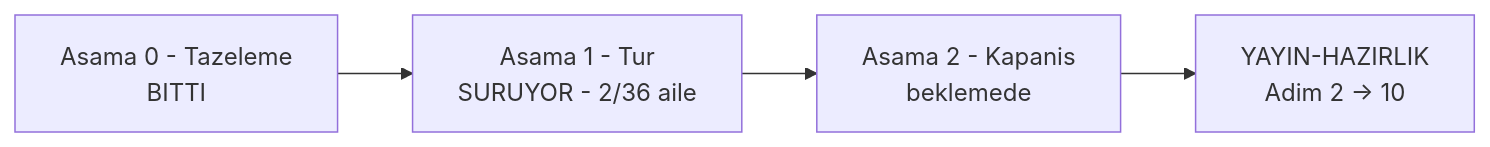
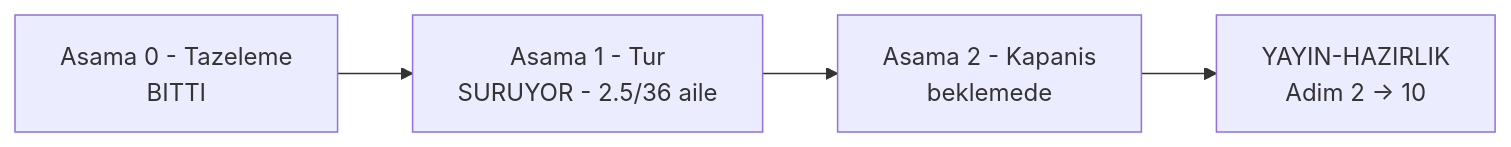
One commit to farukatasoy/Tracon changed the diagram in docs/manuel-test/kosumlar/2026-09-16/DEVIR.md. Above: the diagram before and after it, drawn with Mermaid. The commit also changed other lines of this file and 3 other files, not shown here.

````diff
--- a/docs/manuel-test/kosumlar/2026-09-16/DEVIR.md
+++ b/docs/manuel-test/kosumlar/2026-09-16/DEVIR.md
@@ -31,6 +31,6 @@
 ```mermaid
 flowchart LR
-    A["Asama 0 - Tazeleme<br/>BITTI"] --> B["Asama 1 - Tur<br/>SURUYOR - 2/36 aile"]
+    A["Asama 0 - Tazeleme<br/>BITTI"] --> B["Asama 1 - Tur<br/>SURUYOR - 2.5/36 aile"]
     B --> C["Asama 2 - Kapanis<br/>beklemede"]
     C --> D["YAYIN-HAZIRLIK<br/>Adim 2 -> 10"]
 ```
````
